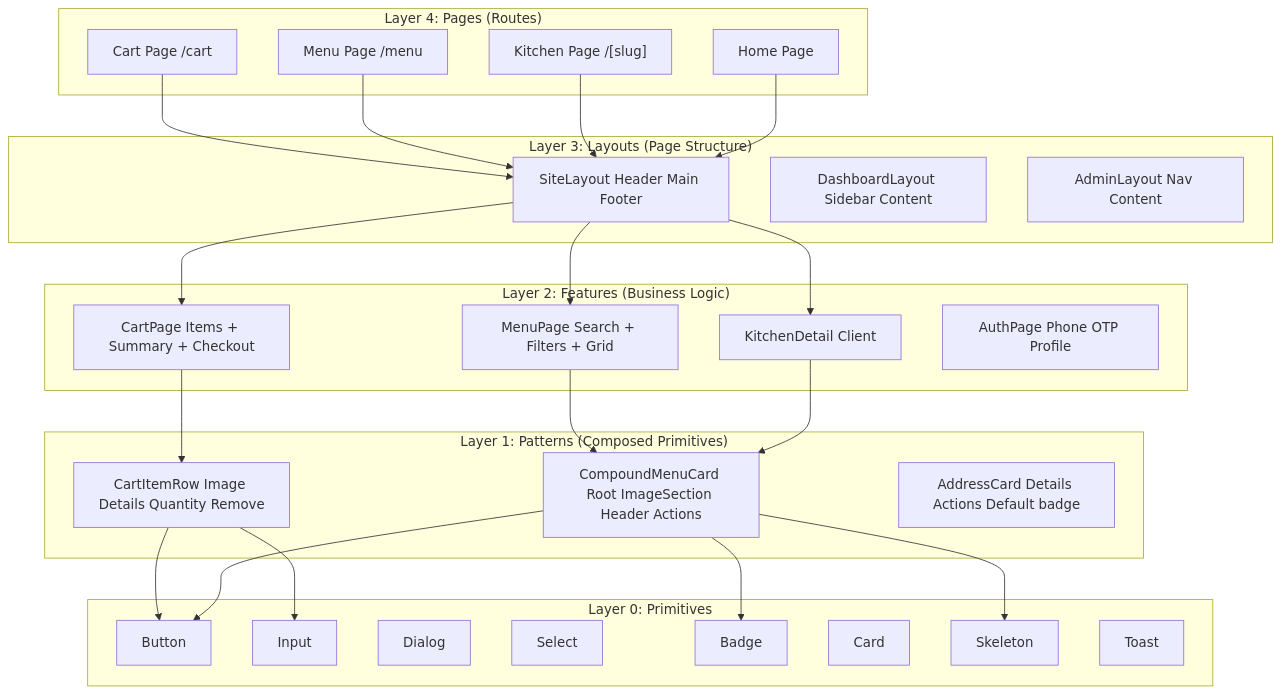
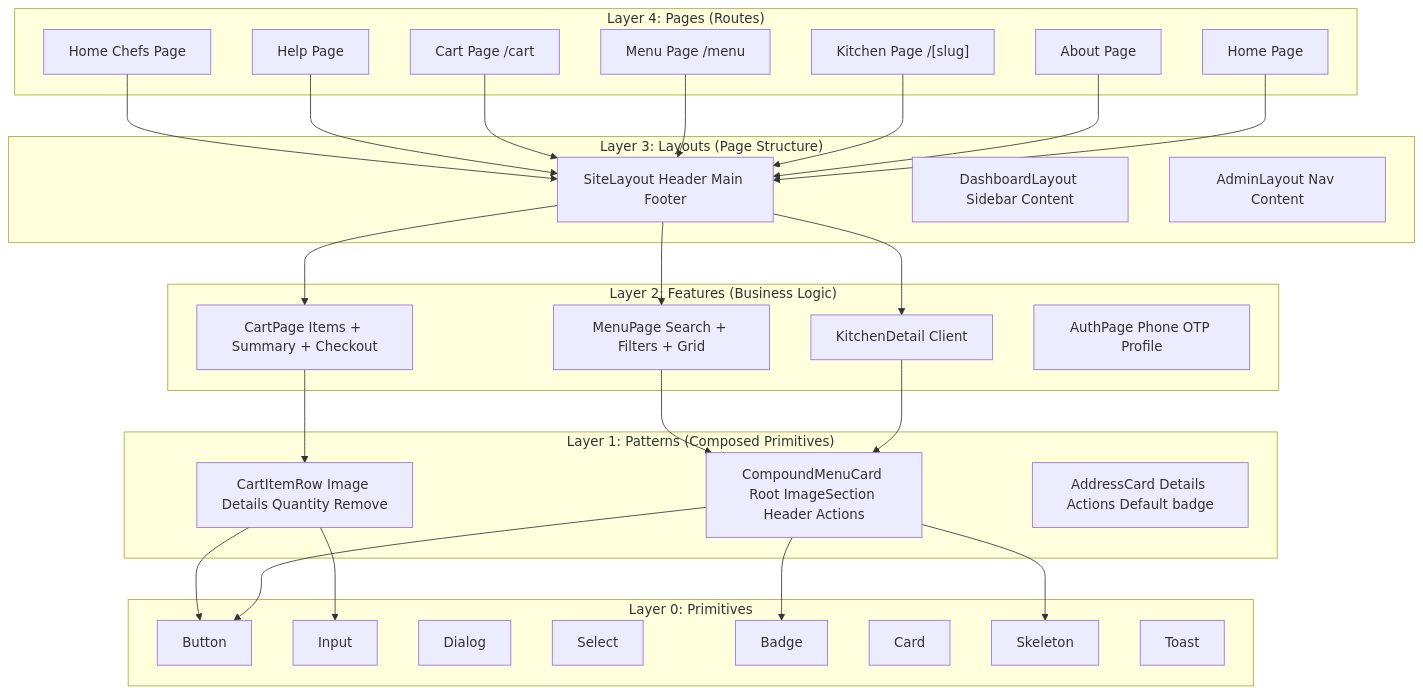
The first of 8 diagrams in docs/07-component-system.md (dharshan47/rrckitchen), drawn with Mermaid before and after one commit. The commit also changed other lines of this file and 64 other files, not shown here.

Commit message:
feat: add comprehensive application architecture, documentation, and UI components

````diff
--- a/docs/07-component-system.md
+++ b/docs/07-component-system.md
@@ -11,56 +11,62 @@
 ```mermaid
 %%{init: {'flowchart': {'curve': 'basis', 'useMaxWidth': true}}}%%
 flowchart TB
     subgraph "Layer 0: Primitives"
         Button
         Input
         Dialog
         Select
         Badge
         Card
         Skeleton
         Toast
     end
 
     subgraph "Layer 1: Patterns (Composed Primitives)"
         CP["CompoundMenuCard Root ImageSection Header Actions"]
         CP2["CartItemRow Image Details Quantity Remove"]
         CP3["AddressCard Details Actions Default badge"]
     end
 
     subgraph "Layer 2: Features (Business Logic)"
         KC["KitchenDetail Client"]
         MP["MenuPage Search + Filters + Grid"]
         CP4["CartPage Items + Summary + Checkout"]
         AP["AuthPage Phone OTP Profile"]
     end
 
     subgraph "Layer 3: Layouts (Page Structure)"
         SL["SiteLayout Header Main Footer"]
         DL["DashboardLayout Sidebar Content"]
         AL["AdminLayout Nav Content"]
     end
 
     subgraph "Layer 4: Pages (Routes)"
         HP["Home Page"]
+        ABT["About Page"]
         KP["Kitchen Page /[slug]"]
         MP2["Menu Page /menu"]
         CP5["Cart Page /cart"]
+        HLP["Help Page"]
+        HC["Home Chefs Page"]
     end
 
     HP --> SL
+    ABT --> SL
     KP --> SL
     MP2 --> SL
     CP5 --> SL
+    HLP --> SL
+    HC --> SL
     SL --> KC
     SL --> MP
     SL --> CP4
     KC --> CP
     MP --> CP
     CP4 --> CP2
     CP --> Button
     CP --> Badge
     CP --> Skeleton
     CP2 --> Button
     CP2 --> Input
 ```
````
